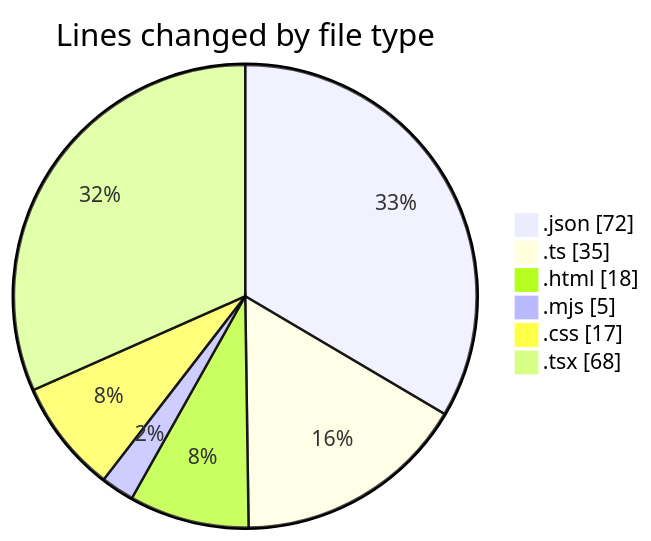
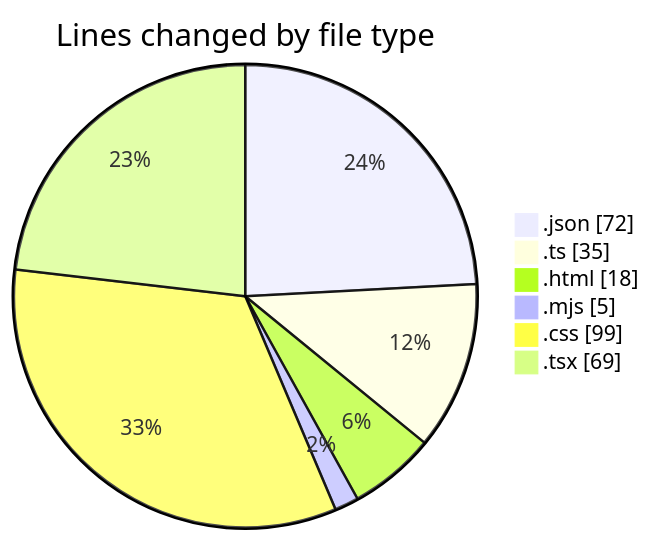
One commit to robertbonfada/code-tracking changed the first of 2 diagrams in 2025-02-26/area-formacao-web/README.md. Above: the diagram before and after it, drawn with Mermaid. The commit also changed other lines of this file and 1 other file, not shown here.

````diff
--- a/2025-02-26/area-formacao-web/README.md
+++ b/2025-02-26/area-formacao-web/README.md
@@ -29,10 +29,10 @@
 ```mermaid
 pie showData
 title Lines changed by file type
 ".json" : 72
 ".ts" : 35
 ".html" : 18
 ".mjs" : 5
-".css" : 17
-".tsx" : 68
+".css" : 99
+".tsx" : 69
 ```
````
